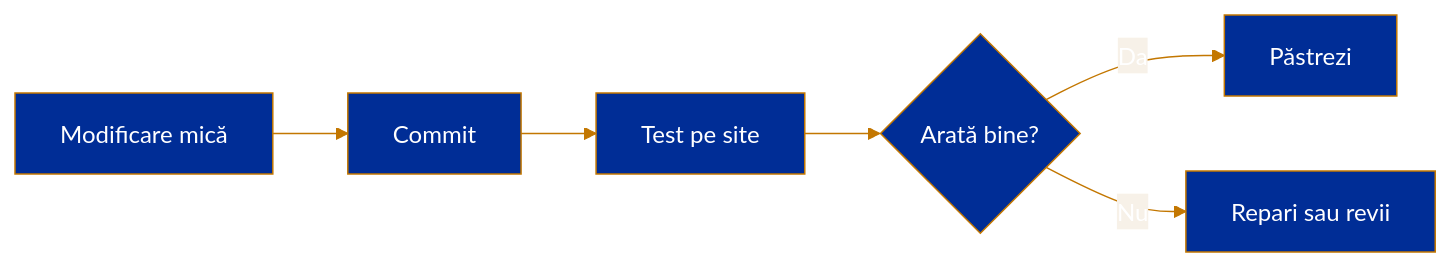
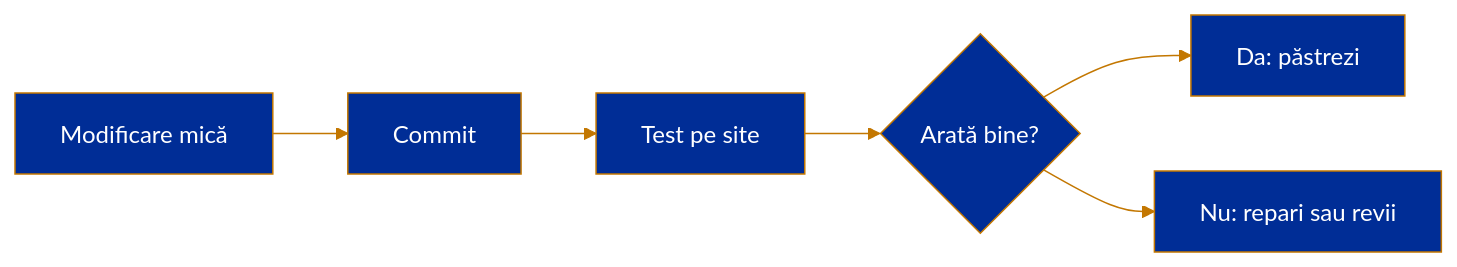
Before and after one commit to cristianexer/vanzarialba.ro: the third of 5 diagrams in README.md, drawn with Mermaid. The commit also changed other lines of this file, not shown here.

Commit message:
Update flowchart labels for clarity

````diff
--- a/README.md
+++ b/README.md
@@ -238,9 +238,9 @@
 ```mermaid
 %%{init: {"theme": "base", "themeVariables": {"primaryColor": "#002d96", "primaryTextColor": "#ffffff", "primaryBorderColor": "#c37701", "lineColor": "#c37701", "secondaryColor": "#f7f1e8", "tertiaryColor": "#ffffff", "fontFamily": "Arial"}}}%%
 flowchart LR
     A[Modificare mică] --> B[Commit]
     B --> C[Test pe site]
     C --> D{Arată bine?}
-    D -- Da --> E[Păstrezi]
-    D -- Nu --> F[Repari sau revii]
+    D --> E[Da: păstrezi]
+    D --> F[Nu: repari sau revii]
 ```
````
